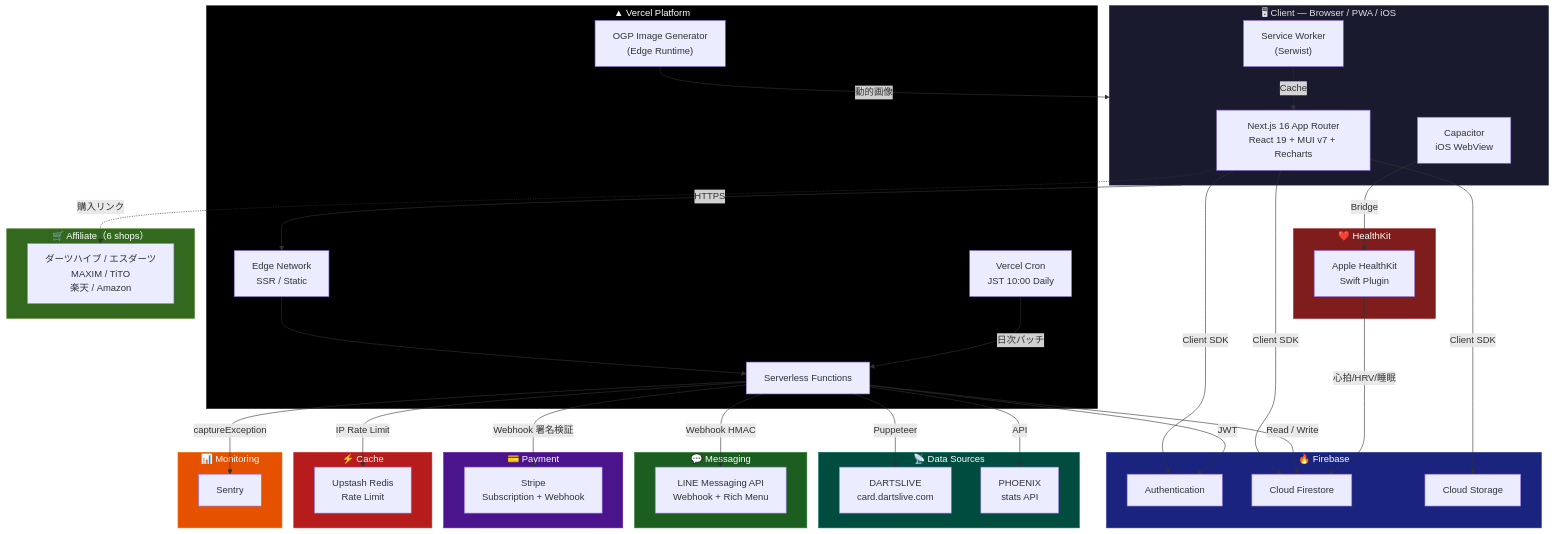
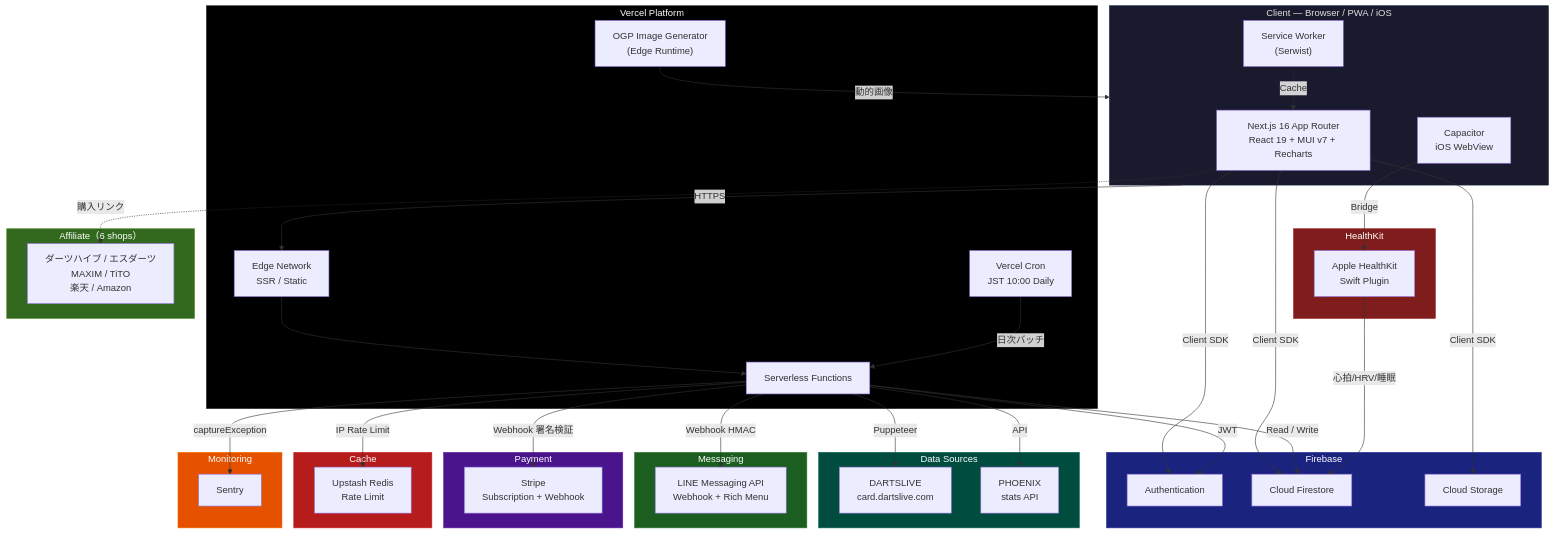
One commit to seiryuu1215/darts-app changed the diagram in README.md. Above: the diagram before and after it, drawn with Mermaid. The commit also changed other lines of this file, not shown here.

````diff
--- a/README.md
+++ b/README.md
@@ -118,82 +185,82 @@
 ```mermaid
 graph TB
-    subgraph Client["🖥 Client — Browser / PWA / iOS"]
+    subgraph Client["Client — Browser / PWA / iOS"]
         App["Next.js 16 App Router<br/>React 19 + MUI v7 + Recharts"]
         SW["Service Worker<br/>(Serwist)"]
         Cap["Capacitor<br/>iOS WebView"]
     end
 
-    subgraph Vercel["▲ Vercel Platform"]
+    subgraph Vercel["Vercel Platform"]
         Edge["Edge Network<br/>SSR / Static"]
         SF["Serverless Functions"]
         Cron["Vercel Cron<br/>JST 10:00 Daily"]
         OG["OGP Image Generator<br/>(Edge Runtime)"]
     end
 
-    subgraph Firebase["🔥 Firebase"]
+    subgraph Firebase["Firebase"]
         Auth["Authentication"]
         FS["Cloud Firestore"]
         ST["Cloud Storage"]
     end
 
-    subgraph ExtData["📡 Data Sources"]
+    subgraph ExtData["Data Sources"]
         DL["DARTSLIVE<br/>card.dartslive.com"]
         PX["PHOENIX<br/>stats API"]
     end
 
-    subgraph Health["❤️ HealthKit"]
+    subgraph Health["HealthKit"]
         HK["Apple HealthKit<br/>Swift Plugin"]
     end
 
-    subgraph Messaging["💬 Messaging"]
+    subgraph Messaging["Messaging"]
         LINE["LINE Messaging API<br/>Webhook + Rich Menu"]
     end
 
-    subgraph Payment["💳 Payment"]
+    subgraph Payment["Payment"]
         Stripe["Stripe<br/>Subscription + Webhook"]
     end
 
-    subgraph Cache["⚡ Cache"]
+    subgraph Cache["Cache"]
         Redis["Upstash Redis<br/>Rate Limit"]
     end
 
-    subgraph Monitor["📊 Monitoring"]
+    subgraph Monitor["Monitoring"]
         Sentry["Sentry"]
     end
 
-    subgraph Affiliate["🛒 Affiliate（6 shops）"]
+    subgraph Affiliate["Affiliate（6 shops）"]
         Shops["ダーツハイブ / エスダーツ<br/>MAXIM / TiTO<br/>楽天 / Amazon"]
     end
 
     Client -->|HTTPS| Edge
     Edge --> SF
     App -->|Client SDK| FS
     App -->|Client SDK| Auth
     App -->|Client SDK| ST
     App -.->|購入リンク| Shops
     SW -.->|Cache| App
 
     Cron -->|日次バッチ| SF
     SF -->|Puppeteer| DL
     SF -->|API| PX
     SF -->|JWT| Auth
     SF -->|Read / Write| FS
     SF -->|Webhook 署名検証| Stripe
     SF -->|Webhook HMAC| LINE
     SF -->|IP Rate Limit| Redis
     SF -->|captureException| Sentry
     OG -->|動的画像| Client
     Cap -->|Bridge| HK
     HK -->|心拍/HRV/睡眠| FS
 
     style Client fill:#1a1a2e,stroke:#16213e,color:#e0e0e0
     style Vercel fill:#000,stroke:#333,color:#fff
     style Firebase fill:#1a237e,stroke:#283593,color:#fff
     style ExtData fill:#004d40,stroke:#00695c,color:#fff
     style Messaging fill:#1b5e20,stroke:#2e7d32,color:#fff
     style Payment fill:#4a148c,stroke:#6a1b9a,color:#fff
     style Cache fill:#b71c1c,stroke:#c62828,color:#fff
     style Monitor fill:#e65100,stroke:#ef6c00,color:#fff
     style Affiliate fill:#33691e,stroke:#558b2f,color:#fff
     style Health fill:#7f1d1d,stroke:#991b1b,color:#fff
 ```
````
